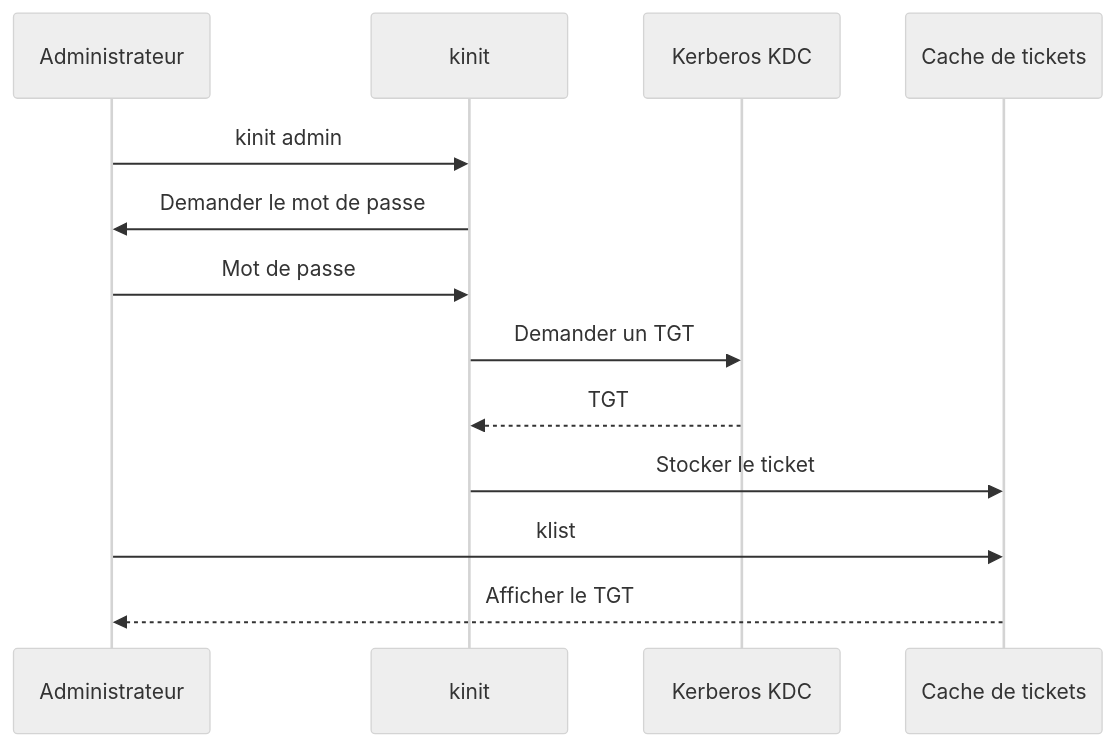
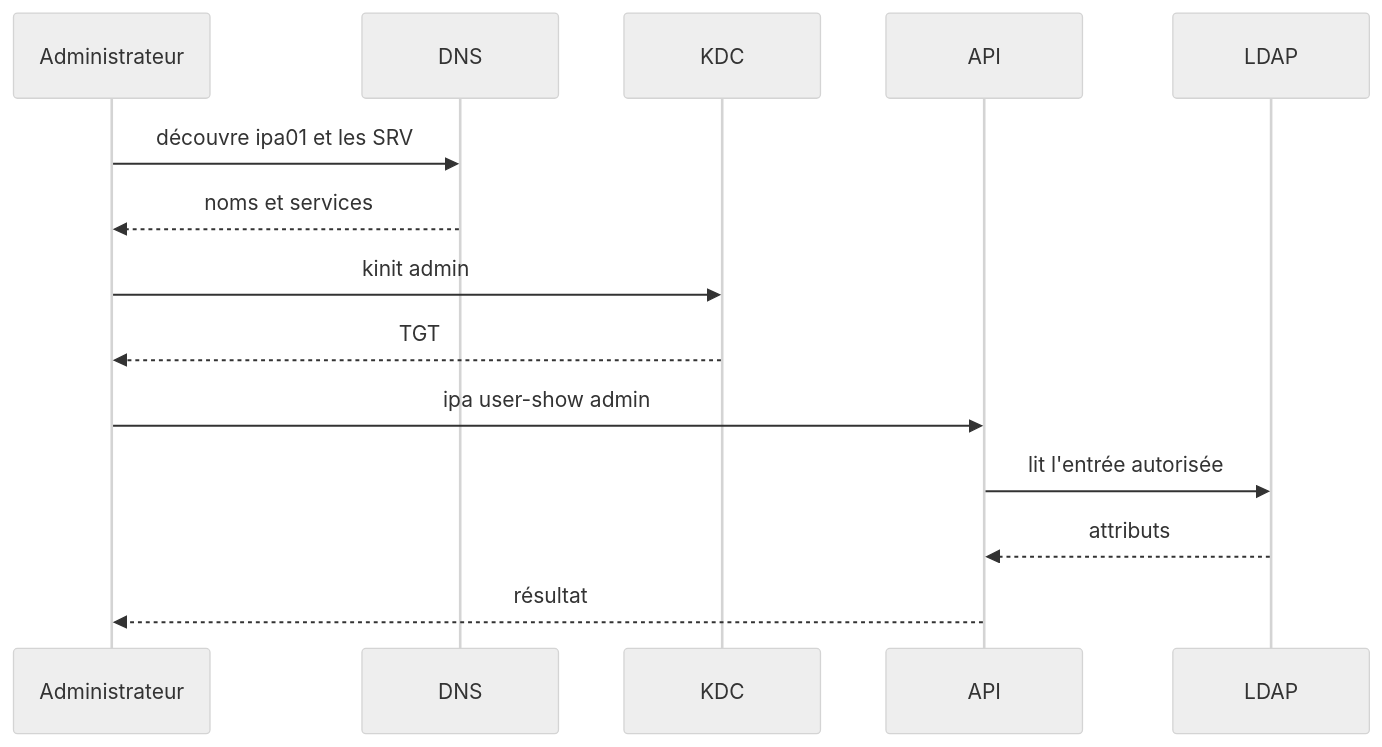
One commit to tdelaclos/formations changed the third of 3 diagrams in sentinel/docs/campagne_08/8.3-installation-freeipa.md. Above: the diagram before and after it, drawn with Mermaid (neutral theme). The commit also changed other lines of this file and 10 other files, not shown here.

````diff
--- a/sentinel/docs/campagne_08/8.3-installation-freeipa.md
+++ b/sentinel/docs/campagne_08/8.3-installation-freeipa.md
@@ -1672,24 +312,16 @@
 ```mermaid
 sequenceDiagram
-
     participant A as Administrateur
-    participant KINIT as kinit
-    participant KDC as Kerberos KDC
-    participant CACHE as Cache de tickets
-
-    A->>KINIT: kinit admin
-
-    KINIT->>A: Demander le mot de passe
-
-    A->>KINIT: Mot de passe
-
-    KINIT->>KDC: Demander un TGT
-
-    KDC-->>KINIT: TGT
-
-    KINIT->>CACHE: Stocker le ticket
-
-    A->>CACHE: klist
-
-    CACHE-->>A: Afficher le TGT
+    participant DNS
+    participant KDC
+    participant API
+    participant LDAP
+    A->>DNS: découvre ipa01 et les SRV
+    DNS-->>A: noms et services
+    A->>KDC: kinit admin
+    KDC-->>A: TGT
+    A->>API: ipa user-show admin
+    API->>LDAP: lit l'entrée autorisée
+    LDAP-->>API: attributs
+    API-->>A: résultat
 ```
````
